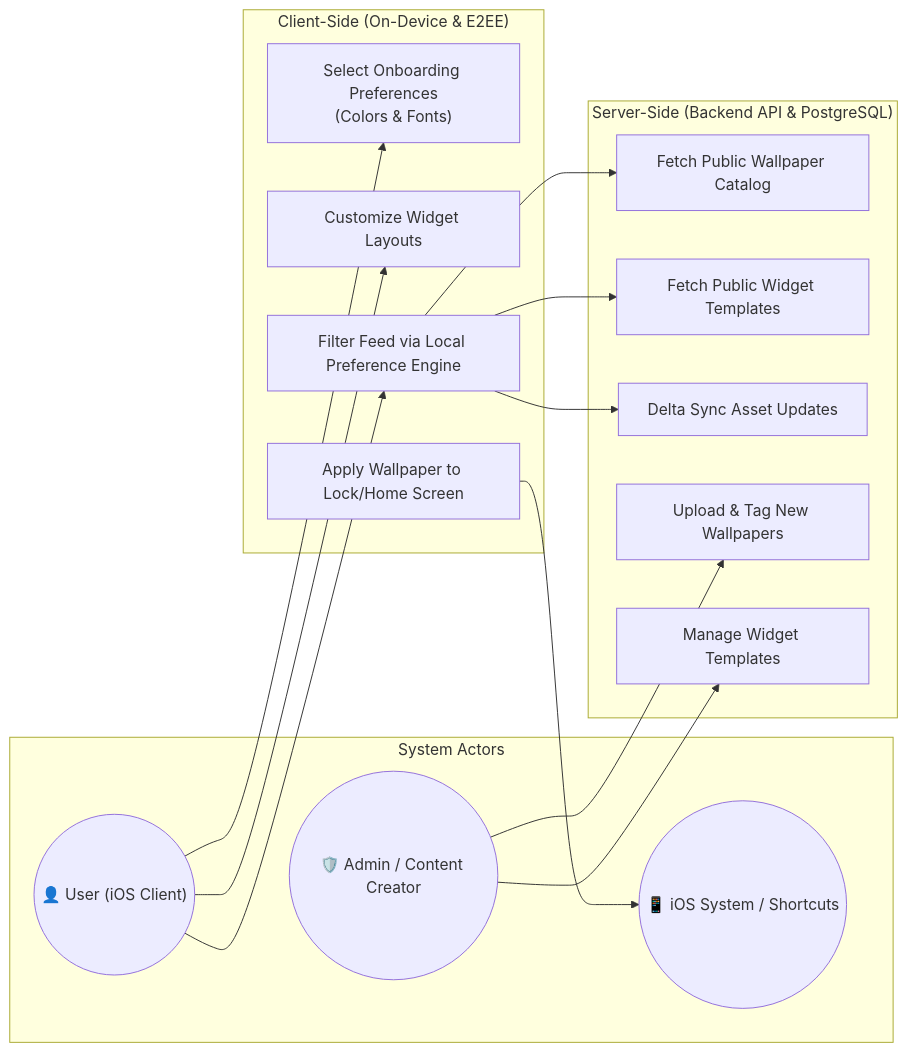
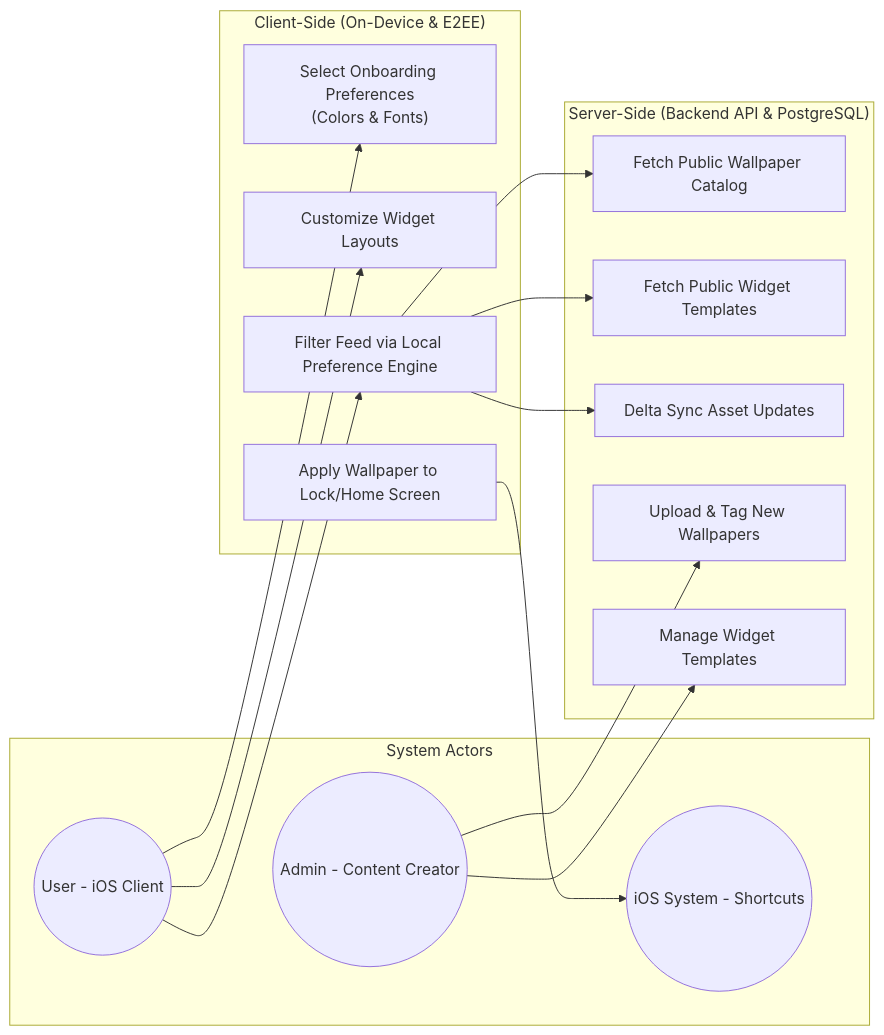
The first of 4 diagrams in schema_plan.md (Tommyphinger/Savile), drawn with Mermaid before and after one commit. The commit also changed other lines of this file, not shown here.

Commit message:
fix: remove emoji from Use Case Diagram (GitHub render issue) and add join table entities to ERD

````diff
--- a/schema_plan.md
+++ b/schema_plan.md
@@ -22,33 +22,33 @@
 ```mermaid
 graph LR
     subgraph Actors ["System Actors"]
-        U(("👤 User (iOS Client)"))
-        A(("🛡️ Admin / Content Creator"))
-        S(("📱 iOS System / Shortcuts"))
+        U(("User - iOS Client"))
+        A(("Admin - Content Creator"))
+        S(("iOS System - Shortcuts"))
     end
 
     subgraph Client_Boundary ["Client-Side (On-Device & E2EE)"]
         UC1["Select Onboarding Preferences\n(Colors & Fonts)"]
         UC2["Customize Widget Layouts"]
         UC3["Apply Wallpaper to Lock/Home Screen"]
         UC4["Filter Feed via Local Preference Engine"]
     end
 
     subgraph Server_Boundary ["Server-Side (Backend API & PostgreSQL)"]
         UC5["Fetch Public Wallpaper Catalog"]
         UC6["Fetch Public Widget Templates"]
         UC7["Delta Sync Asset Updates"]
         UC8["Upload & Tag New Wallpapers"]
         UC9["Manage Widget Templates"]
     end
 
     U --> UC1
     U --> UC2
     U --> UC4
     UC4 --> UC5
     UC4 --> UC6
     UC4 --> UC7
     UC3 --> S
     A --> UC8
     A --> UC9
 ```
````
